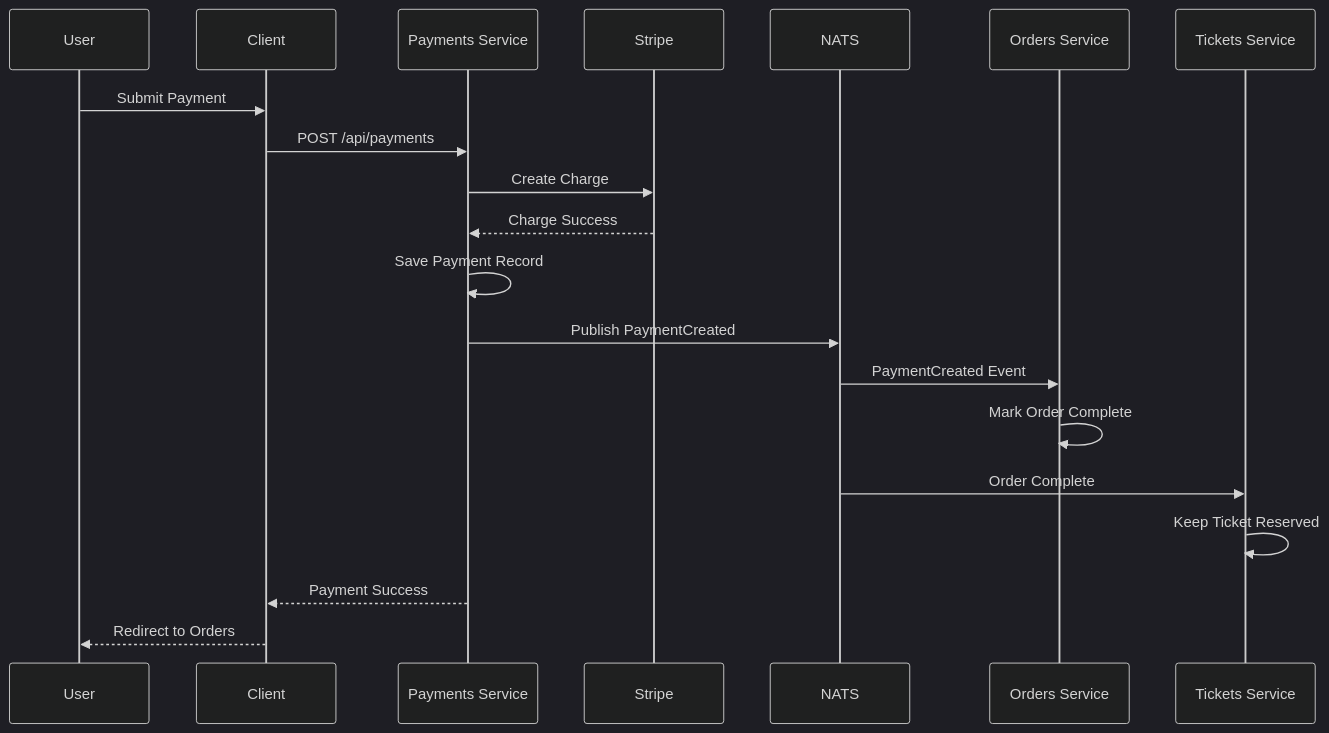
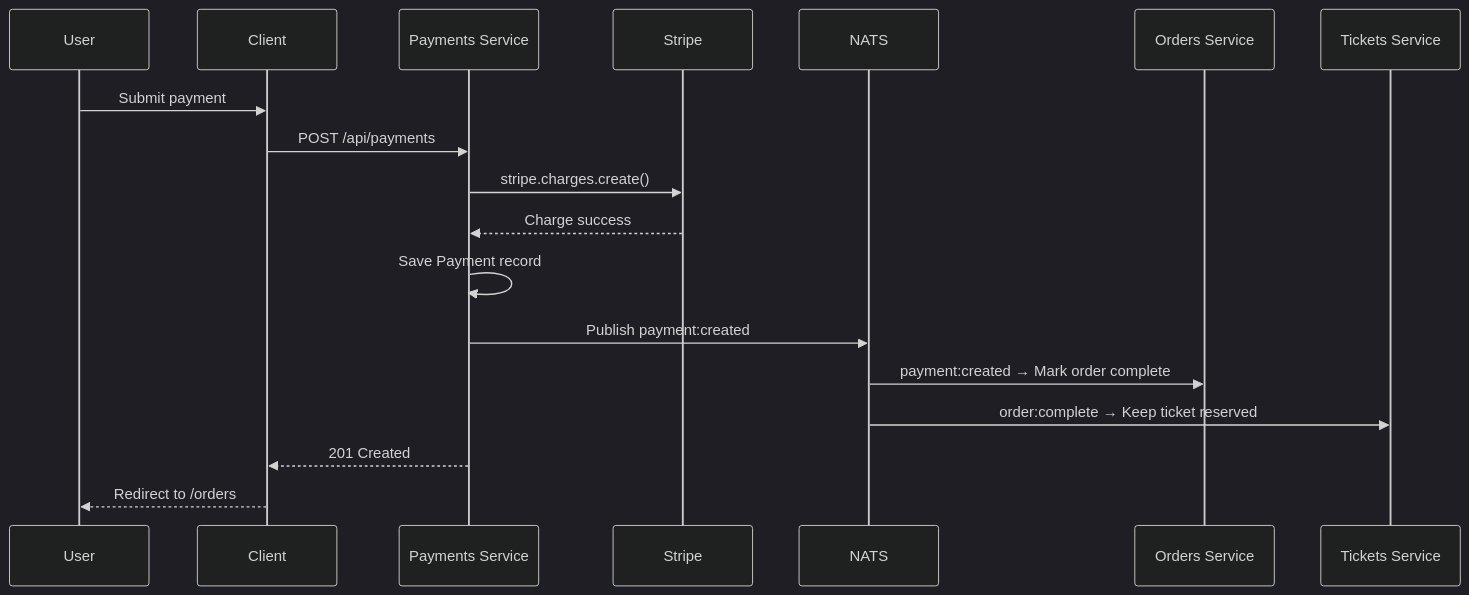
One commit to Ankiitsingh21/ShowSphere changed the third of 4 diagrams in README.md. Above: the diagram before and after it, drawn with Mermaid (dark theme). The commit also changed other lines of this file, not shown here.

````diff
--- a/README.md
+++ b/README.md
@@ -383,45 +213,21 @@
 ```mermaid
+sequenceDiagram
+  participant U as User
+  participant C as Client
+  participant P as Payments Service
+  participant S as Stripe
+  participant N as NATS
+  participant O as Orders Service
+  participant T as Tickets Service
 
-sequenceDiagram
-
-participant U as User
-
-participant C as Client
-
-participant P as Payments Service
-
-participant S as Stripe
-
-participant N as NATS
-
-participant O as Orders Service
-
-participant T as Tickets Service
-
-  
-
-U->>C: Submit Payment
-
-C->>P: POST /api/payments
-
-P->>S: Create Charge
-
-S-->>P: Charge Success
-
-P->>P: Save Payment Record
-
-P->>N: Publish PaymentCreated
-
-N->>O: PaymentCreated Event
-
-O->>O: Mark Order Complete
-
-N->>T: Order Complete
-
-T->>T: Keep Ticket Reserved
-
-P-->>C: Payment Success
-
-C-->>U: Redirect to Orders
-
+  U->>C: Submit payment
+  C->>P: POST /api/payments
+  P->>S: stripe.charges.create()
+  S-->>P: Charge success
+  P->>P: Save Payment record
+  P->>N: Publish payment:created
+  N->>O: payment:created → Mark order complete
+  N->>T: order:complete → Keep ticket reserved
+  P-->>C: 201 Created
+  C-->>U: Redirect to /orders
 ```
````
